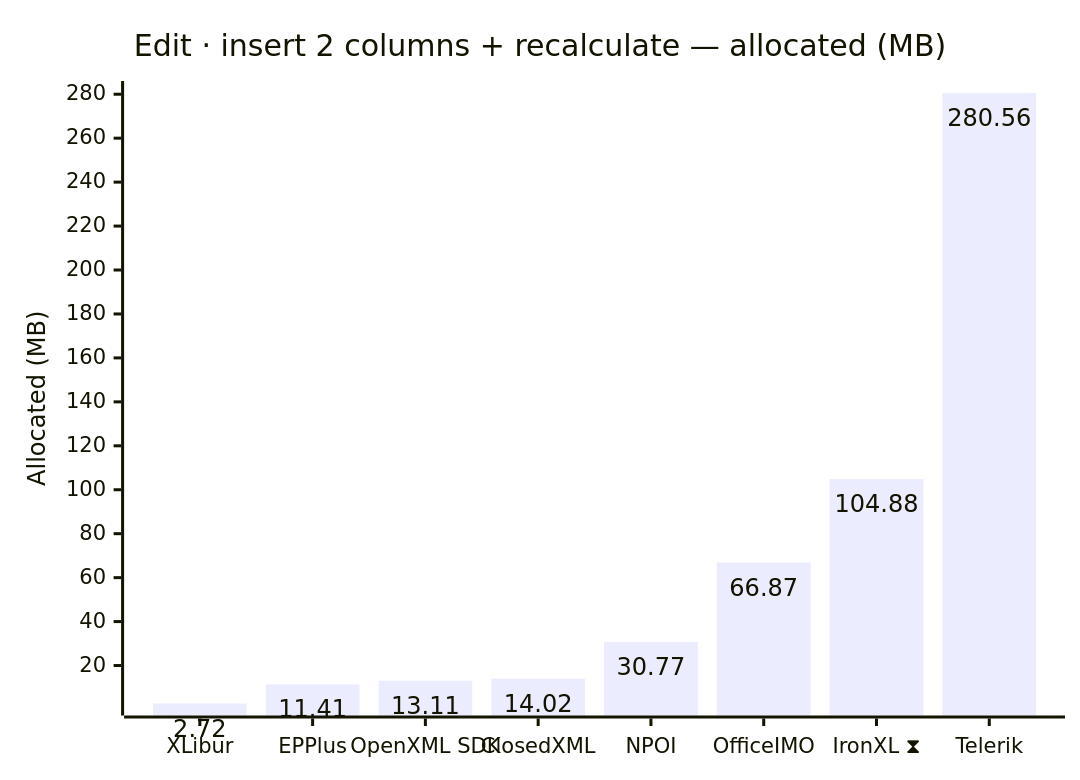
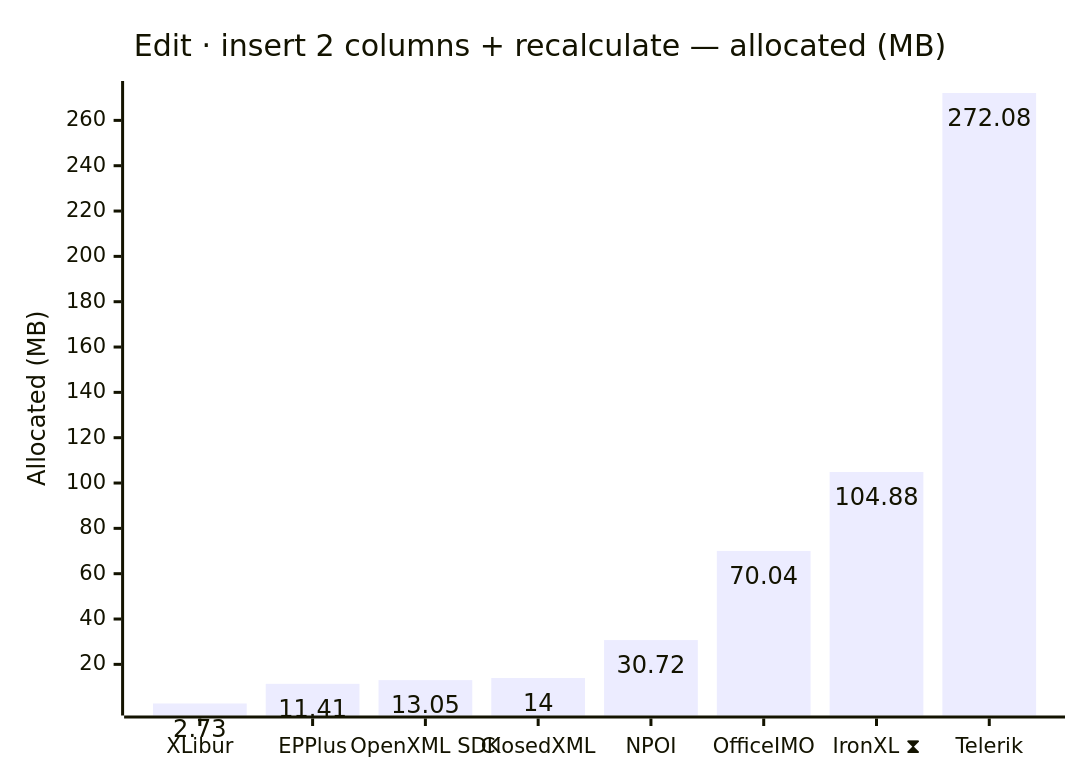
One commit to jafin/XLBench changed diagram 12 of 12 in docs/results.md. Above: the diagram before and after it, drawn with Mermaid. The commit also changed other lines of this file and 7 other files, not shown here.

````diff
--- a/docs/results.md
+++ b/docs/results.md
@@ -185,12 +185,12 @@
 ```mermaid
 ---
 config:
   xyChart:
     showDataLabel: true
 ---
 xychart-beta
     title "Edit · insert 2 columns + recalculate — allocated (MB)"
     x-axis ["XLibur", "EPPlus", "OpenXML SDK", "ClosedXML", "NPOI", "OfficeIMO", "IronXL ⧗", "Telerik"]
     y-axis "Allocated (MB)"
-    bar [2.72, 11.41, 13.11, 14.02, 30.77, 66.87, 104.88, 280.56]
+    bar [2.73, 11.41, 13.05, 14, 30.72, 70.04, 104.88, 272.08]
 ```
````
